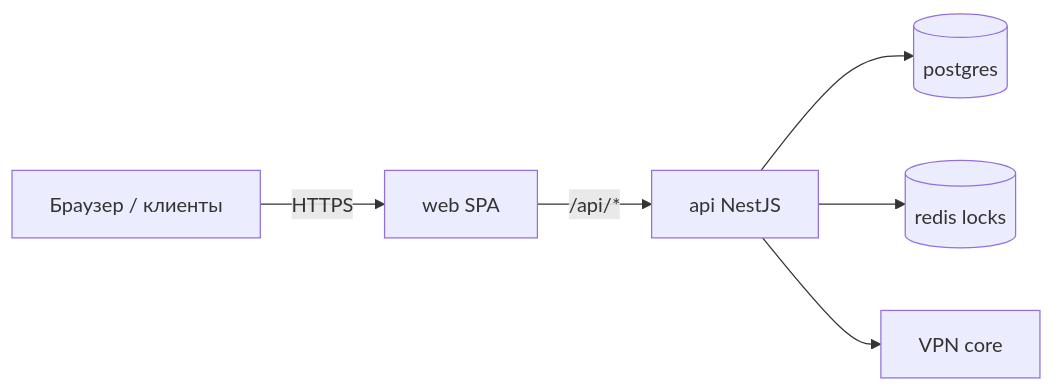
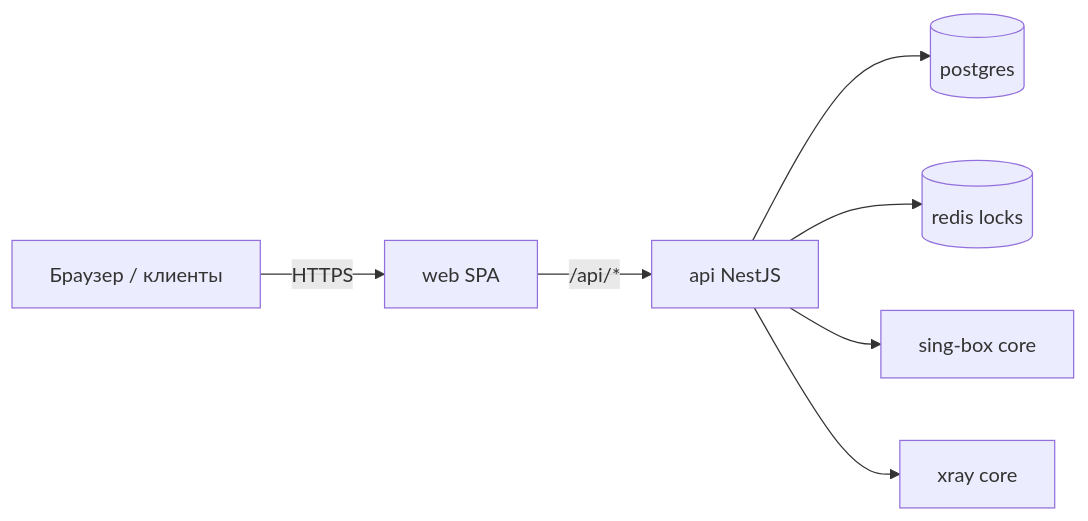
The diagram in CONTRIBUTING.md (Overl1te/OverVPN), drawn with Mermaid before and after one commit. The commit also changed other lines of this file and 49 other files, not shown here.

Commit message:
Добавлено ядро Xray в параллель к sing-box

````diff
--- a/CONTRIBUTING.md
+++ b/CONTRIBUTING.md
@@ -34,8 +39,9 @@
 ```mermaid
 flowchart LR
   clients["Браузер / клиенты"] -->|HTTPS| web["web SPA"]
   web -->|"/api/*"| api["api NestJS"]
   api --> postgres[(postgres)]
   api --> redis[(redis locks)]
-  api --> core["VPN core"]
+  api --> core["sing-box core"]
+  api --> coreXray["xray core"]
 ```
````
